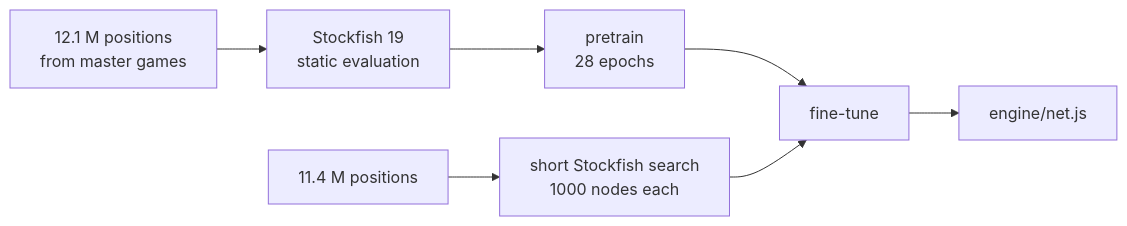
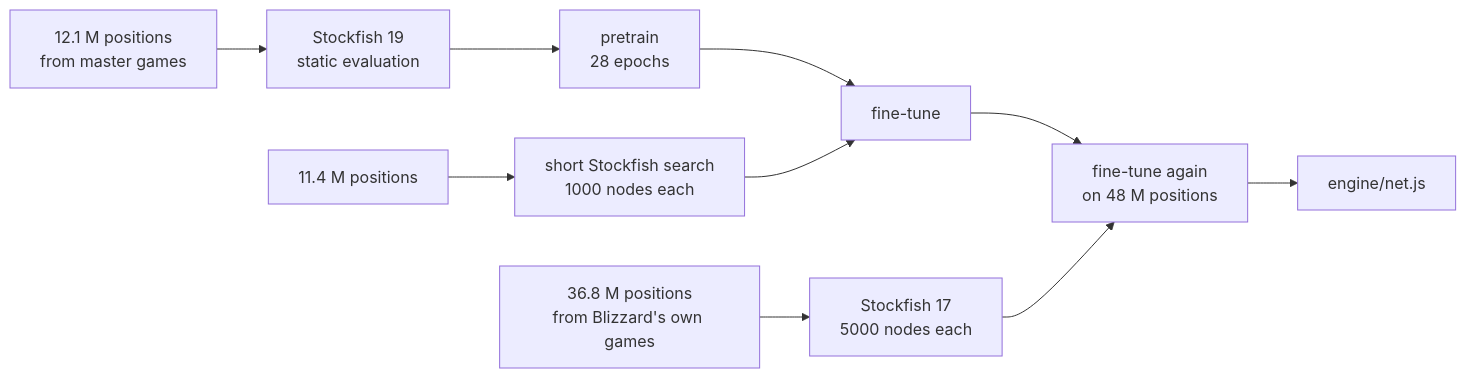
The diagram in README.md (sacon1s/blizzard), drawn with Mermaid before and after one commit. The commit also changed other lines of this file and 5 other files, not shown here.

First line of the commit message:
Blizzard 0.9: network trained on 48 M positions, 36.8 M from its own games

````diff
--- a/README.md
+++ b/README.md
@@ -181,9 +184,12 @@
 ```mermaid
 flowchart LR
     A["12.1 M positions<br>from master games"] --> B["Stockfish 19<br>static evaluation"]
     B --> C["pretrain<br>28 epochs"]
     D["11.4 M positions"] --> E["short Stockfish search<br>1000 nodes each"]
     C --> F["fine-tune"]
     E --> F
-    F --> G["engine/net.js"]
+    H["36.8 M positions<br>from Blizzard's own games"] --> I["Stockfish 17<br>5000 nodes each"]
+    F --> J["fine-tune again<br>on 48 M positions"]
+    I --> J
+    J --> G["engine/net.js"]
 ```
````
